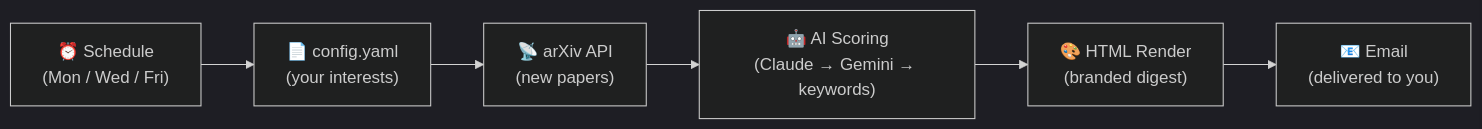
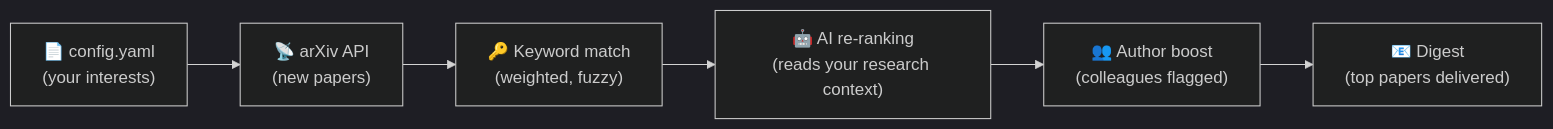
One commit to SilkeDainese/my-arxiv-digest changed the diagram in README.md. Above: the diagram before and after it, drawn with Mermaid (dark theme). The commit also changed other lines of this file, not shown here.

````diff
--- a/README.md
+++ b/README.md
@@ -21,8 +68,8 @@
 ```mermaid
 flowchart LR
-    A["⏰ Schedule\n(Mon / Wed / Fri)"] --> B["📄 config.yaml\n(your interests)"]
-    B --> C["📡 arXiv API\n(new papers)"]
-    C --> D["🤖 AI Scoring\n(Claude → Gemini → keywords)"]
-    D --> E["🎨 HTML Render\n(branded digest)"]
-    E --> F["📧 Email\n(delivered to you)"]
+    A["📄 config.yaml\n(your interests)"] --> B["📡 arXiv API\n(new papers)"]
+    B --> C["🔑 Keyword match\n(weighted, fuzzy)"]
+    C --> D["🤖 AI re-ranking\n(reads your research context)"]
+    D --> E["👥 Author boost\n(colleagues flagged)"]
+    E --> F["📧 Digest\n(top papers delivered)"]
 ```
````
